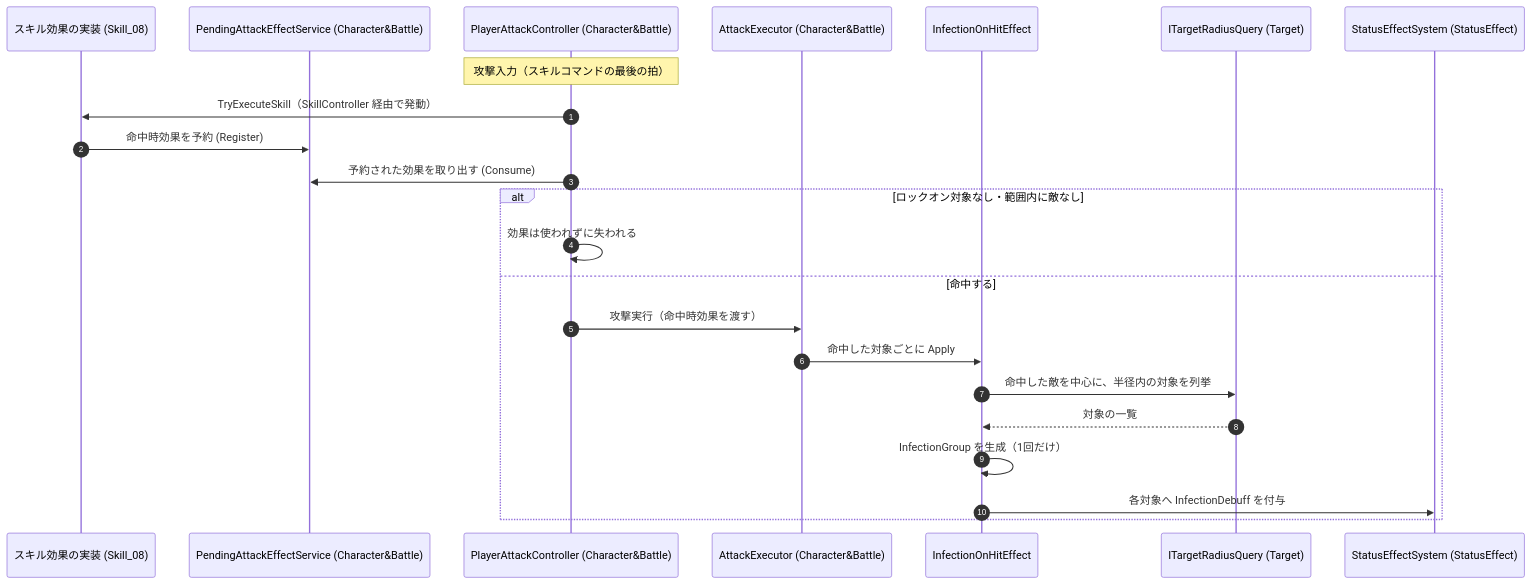
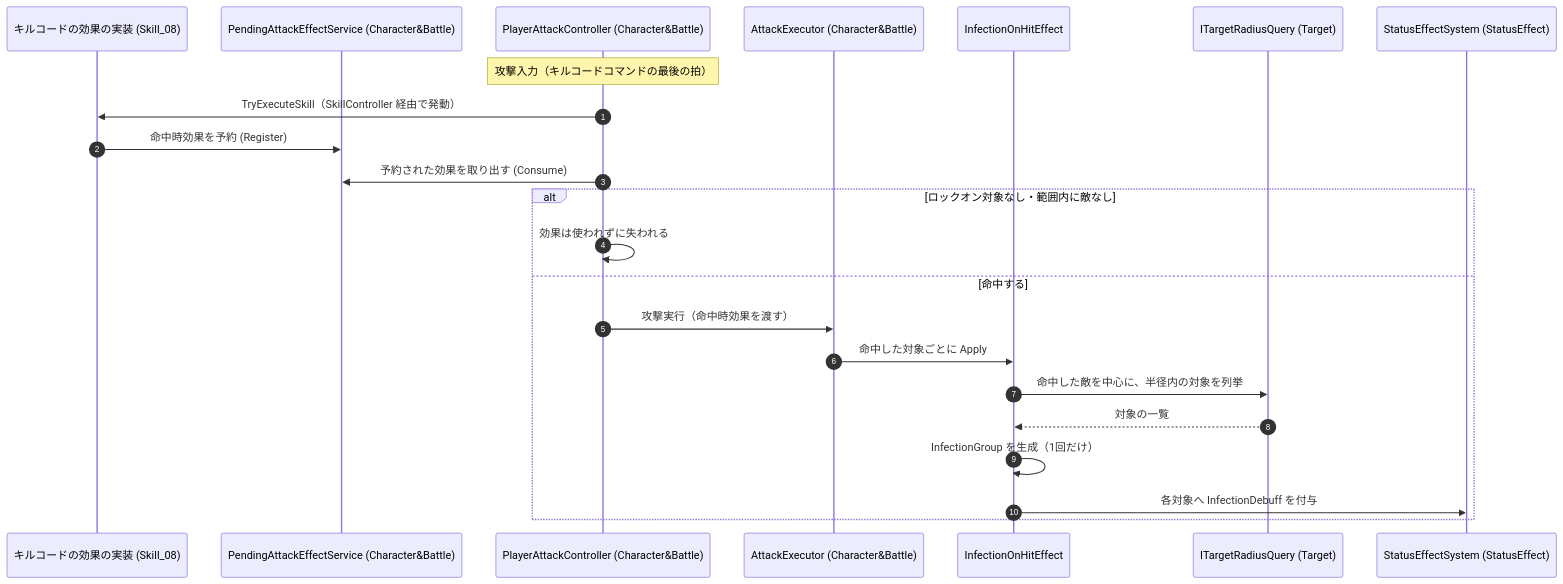
The diagram in Docs/NotionMigration/pages/A2a/3bf7c2c6-cc02-816a-b33c-da870be1fab5.md (HIBIKI5201/SymphonyKillChord), drawn with Mermaid before and after one commit. The commit also changed other lines of this file and 175 other files, not shown here.

````diff
--- a/Docs/NotionMigration/pages/A2a/3bf7c2c6-cc02-816a-b33c-da870be1fab5.md
+++ b/Docs/NotionMigration/pages/A2a/3bf7c2c6-cc02-816a-b33c-da870be1fab5.md
@@ -29,26 +30,26 @@
 ```mermaid
 sequenceDiagram
     autonumber
-    participant Skill as スキル効果の実装 (Skill_08)
+    participant Skill as キルコードの効果の実装 (Skill_08)
     participant Pending as PendingAttackEffectService (Character&Battle)
     participant PAC as PlayerAttackController (Character&Battle)
     participant AExec as AttackExecutor (Character&Battle)
     participant Hit as InfectionOnHitEffect
     participant Query as ITargetRadiusQuery (Target)
     participant Sys as StatusEffectSystem (StatusEffect)
 
-    Note over PAC: 攻撃入力（スキルコマンドの最後の拍）
+    Note over PAC: 攻撃入力（キルコードコマンドの最後の拍）
     PAC ->> Skill: TryExecuteSkill（SkillController 経由で発動）
     Skill ->> Pending: 命中時効果を予約 (Register)
     PAC ->> Pending: 予約された効果を取り出す (Consume)
     alt ロックオン対象なし・範囲内に敵なし
         PAC ->> PAC: 効果は使われずに失われる
     else 命中する
         PAC ->> AExec: 攻撃実行（命中時効果を渡す）
         AExec ->> Hit: 命中した対象ごとに Apply
         Hit ->> Query: 命中した敵を中心に、半径内の対象を列挙
         Query -->> Hit: 対象の一覧
         Hit ->> Hit: InfectionGroup を生成（1回だけ）
         Hit ->> Sys: 各対象へ InfectionDebuff を付与
     end
 ```
````
